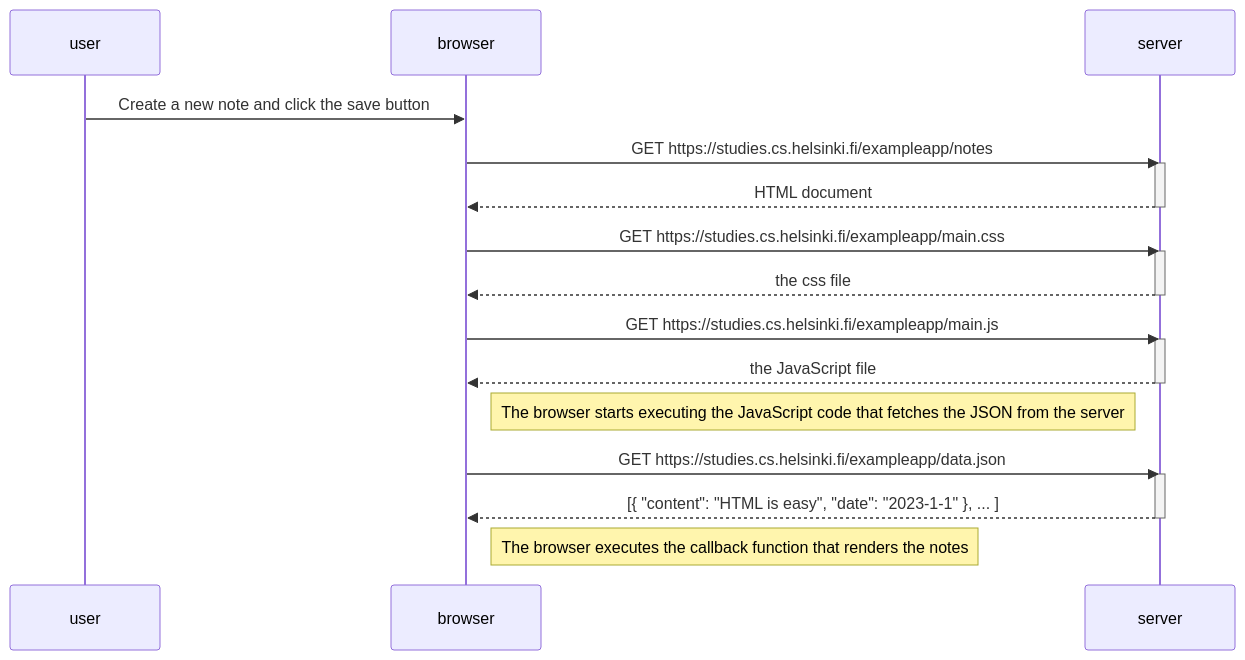
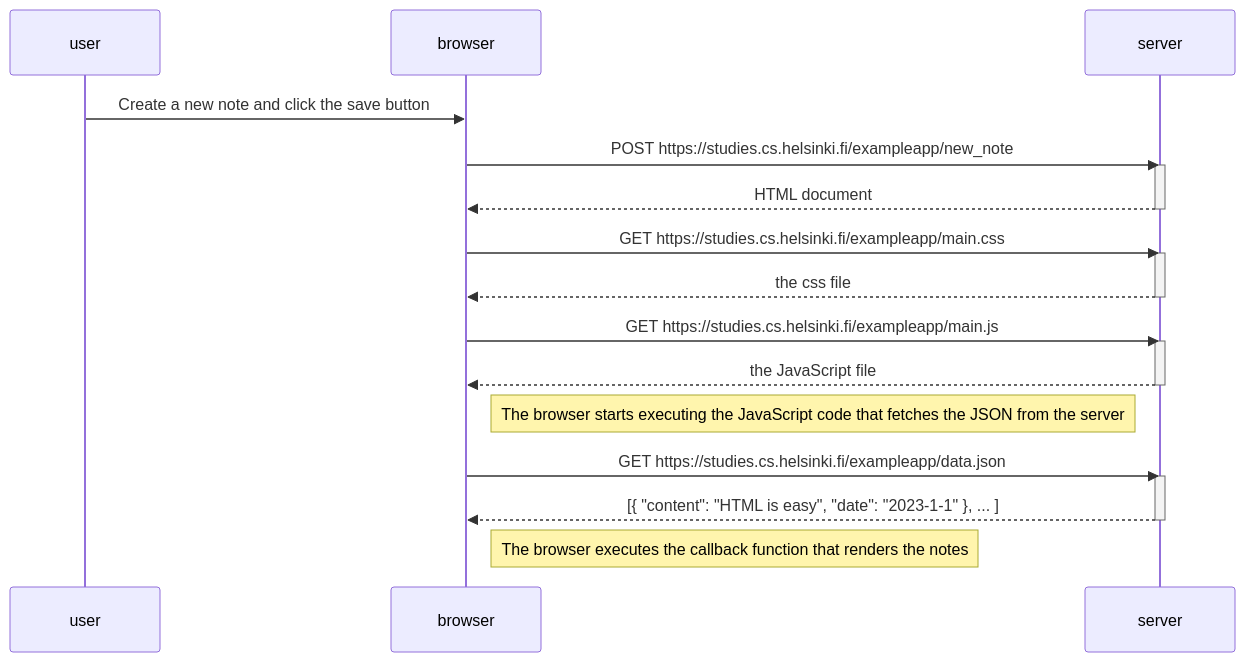
Before and after one commit to hellojeremyonly/full-stack-open: the diagram in part0/0.4: New note diagram.md, drawn with Mermaid.

Commit message:
Update 0.4: New note diagram.md

````diff
--- a/part0/0.4: New note diagram.md
+++ b/part0/0.4: New note diagram.md
@@ -1,31 +1,31 @@
 ```mermaid
 sequenceDiagram
     participant user
     participant browser
     participant server
 
     user->>browser: Create a new note and click the save button
-    browser->>server: GET https://studies.cs.helsinki.fi/exampleapp/notes
+    browser->>server: POST https://studies.cs.helsinki.fi/exampleapp/new_note
     activate server
     server-->>browser: HTML document
     deactivate server
 
     browser->>server: GET https://studies.cs.helsinki.fi/exampleapp/main.css
     activate server
     server-->>browser: the css file
     deactivate server
 
     browser->>server: GET https://studies.cs.helsinki.fi/exampleapp/main.js
     activate server
     server-->>browser: the JavaScript file
     deactivate server
 
     Note right of browser: The browser starts executing the JavaScript code that fetches the JSON from the server
 
     browser->>server: GET https://studies.cs.helsinki.fi/exampleapp/data.json
     activate server
     server-->>browser: [{ "content": "HTML is easy", "date": "2023-1-1" }, ... ]
     deactivate server
 
     Note right of browser: The browser executes the callback function that renders the notes
 ```
````
